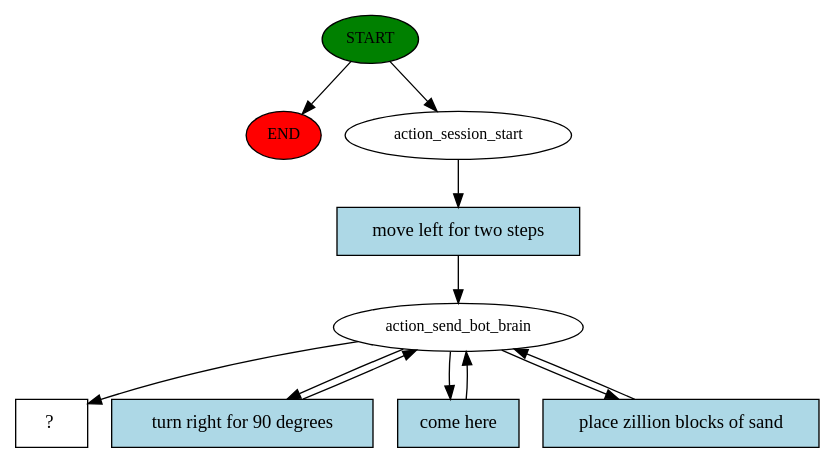
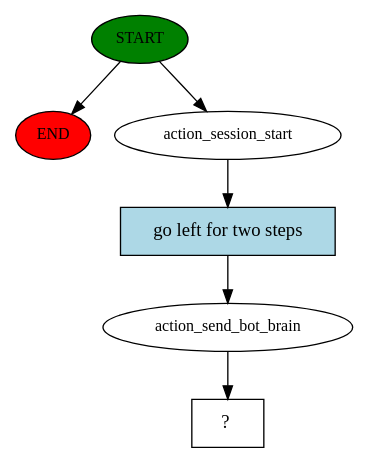
Before and after one commit to MaikePaetzel/minetest-agent: the diagram in dialog_manager/rasa_dm/story_graph.dot, drawn with Graphviz. The commit also changed 5 other files, not shown here.

```diff
--- a/dialog_manager/rasa_dm/story_graph.dot
+++ b/dialog_manager/rasa_dm/story_graph.dot
@@ -1,22 +1,13 @@
 digraph  {
 0 [class="start active", fillcolor=green, fontsize=12, label=START, style=filled];
 "-1" [class=end, fillcolor=red, fontsize=12, label=END, style=filled];
 1 [class=active, fontsize=12, label=action_session_start];
 2 [class=active, fontsize=12, label=action_send_bot_brain];
-7 [class="intent dashed active", label="  ?  ", shape=rect];
-8 [class="intent active", fillcolor=lightblue, label="move left for two steps", shape=rect, style=filled];
-9 [class="intent active", fillcolor=lightblue, label="turn right for 90 degrees", shape=rect, style=filled];
-10 [class="intent active", fillcolor=lightblue, label="come here", shape=rect, style=filled];
-11 [class="intent active", fillcolor=lightblue, label="place zillion blocks of sand", shape=rect, style=filled];
+3 [class="intent dashed active", label="  ?  ", shape=rect];
+4 [class="intent active", fillcolor=lightblue, label="go left for two steps", shape=rect, style=filled];
 0 -> "-1"  [class="", key=NONE, label=""];
 0 -> 1  [class=active, key=NONE, label=""];
-1 -> 8  [class=active, key=0];
-2 -> 7  [class=active, key=NONE, label=""];
-2 -> 9  [class=active, key=0];
-2 -> 10  [class=active, key=0];
-2 -> 11  [class=active, key=0];
-8 -> 2  [class=active, key=0];
-9 -> 2  [class=active, key=0];
-10 -> 2  [class=active, key=0];
-11 -> 2  [class=active, key=0];
+1 -> 4  [class=active, key=0];
+2 -> 3  [class=active, key=NONE, label=""];
+4 -> 2  [class=active, key=0];
 }
```
